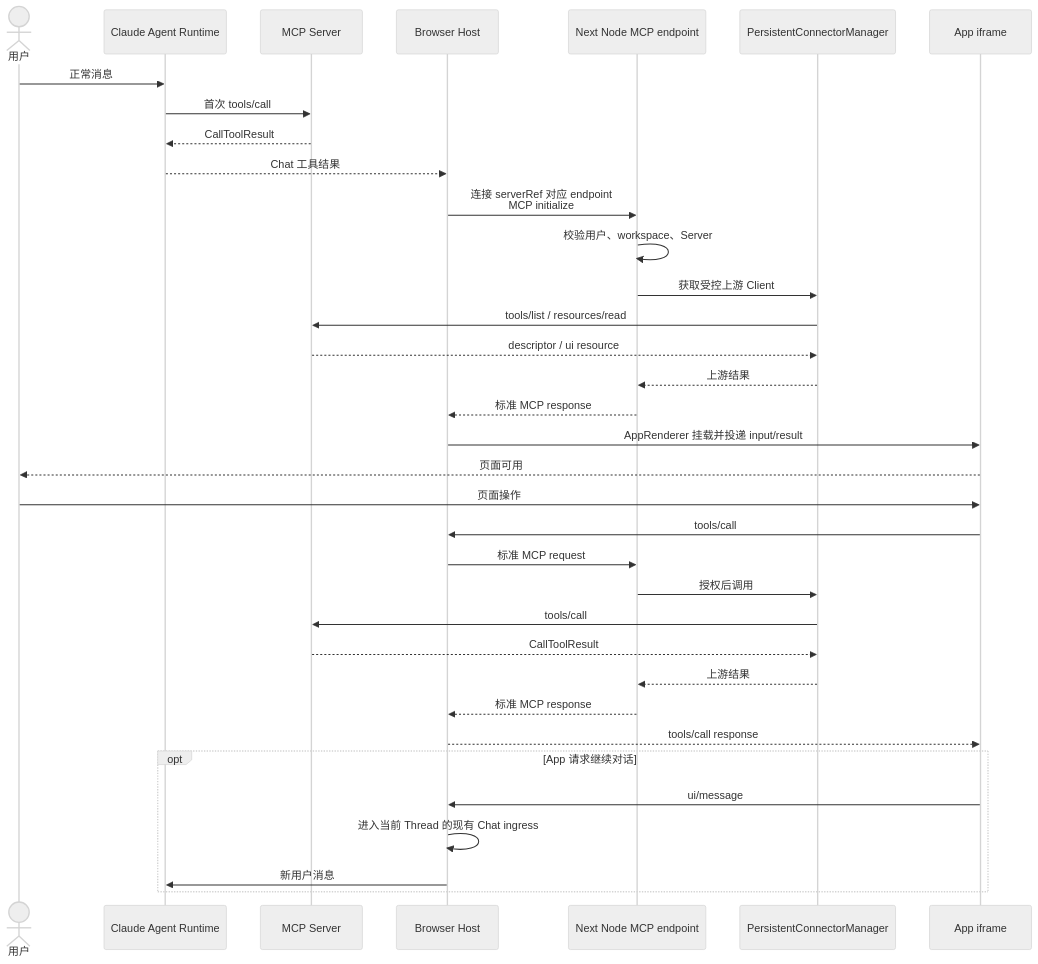
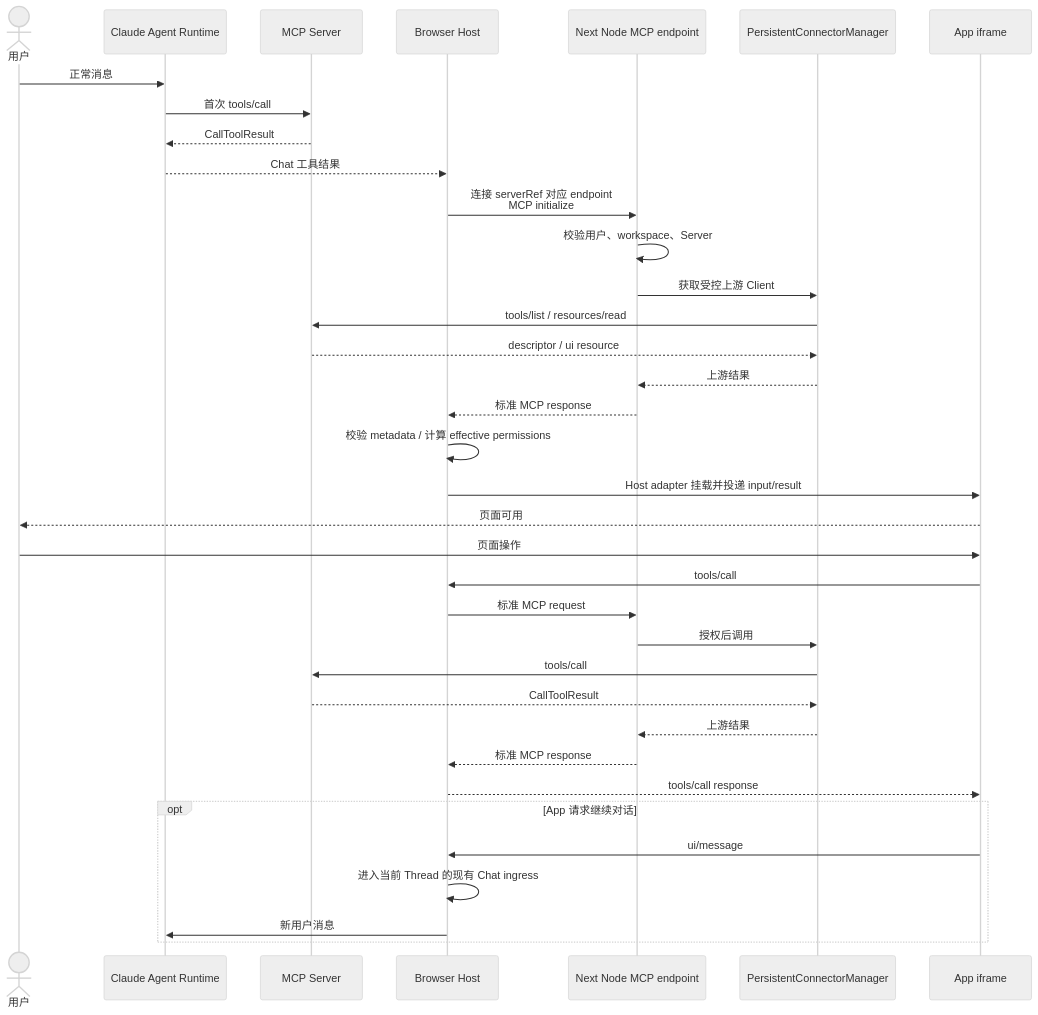
One commit to glide-the/im-dream changed the second of 2 diagrams in docs/design/claude-agent/mcp-apps-system-architecture-execution-checklist.md. Above: the diagram before and after it, drawn with Mermaid (neutral theme). The commit also changed other lines of this file and 813 other files, not shown here.

Commit message:
feat(mcp-apps): integrate governed host and consolidate frontend app

````diff
--- a/docs/design/claude-agent/mcp-apps-system-architecture-execution-checklist.md
+++ b/docs/design/claude-agent/mcp-apps-system-architecture-execution-checklist.md
@@ -224,38 +237,39 @@
 ```mermaid
 sequenceDiagram
     actor U as 用户
     participant A as Claude Agent Runtime
     participant S as MCP Server
     participant B as Browser Host
     participant N as Next Node MCP endpoint
     participant M as PersistentConnectorManager
     participant V as App iframe
 
     U->>A: 正常消息
     A->>S: 首次 tools/call
     S-->>A: CallToolResult
     A-->>B: Chat 工具结果
     B->>N: 连接 serverRef 对应 endpoint<br/>MCP initialize
     N->>N: 校验用户、workspace、Server
     N->>M: 获取受控上游 Client
     M->>S: tools/list / resources/read
     S-->>M: descriptor / ui resource
     M-->>N: 上游结果
     N-->>B: 标准 MCP response
-    B->>V: AppRenderer 挂载并投递 input/result
+    B->>B: 校验 metadata / 计算 effective permissions
+    B->>V: Host adapter 挂载并投递 input/result
     V-->>U: 页面可用
     U->>V: 页面操作
     V->>B: tools/call
     B->>N: 标准 MCP request
     N->>M: 授权后调用
     M->>S: tools/call
     S-->>M: CallToolResult
     M-->>N: 上游结果
     N-->>B: 标准 MCP response
     B-->>V: tools/call response
     opt App 请求继续对话
         V->>B: ui/message
         B->>B: 进入当前 Thread 的现有 Chat ingress
         B->>A: 新用户消息
     end
 ```
````
